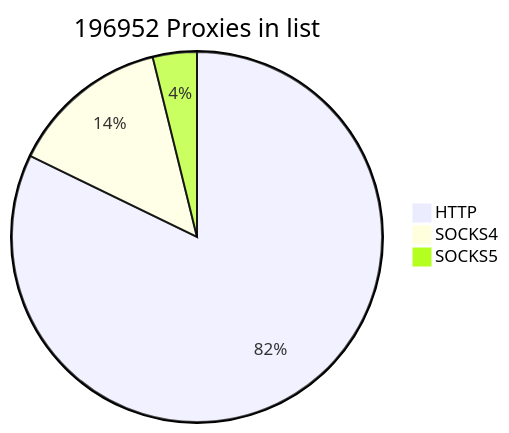
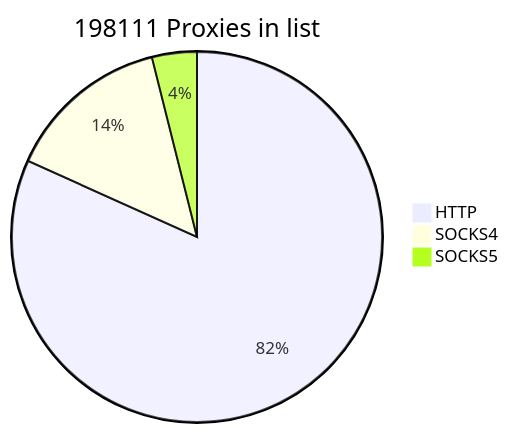
Before and after one commit to cutipu/proxylist: the first of 2 diagrams in README.md, drawn with Mermaid. The commit also changed other lines of this file, not shown here.

````diff
--- a/README.md
+++ b/README.md
@@ -2,7 +2,7 @@
 ```mermaid
-pie title 196952 Proxies in list
-    "HTTP" : 161903
-    "SOCKS4" : 27477
-    "SOCKS5" : 7572
+pie title 198111 Proxies in list
+    "HTTP" : 161930
+    "SOCKS4" : 28425
+    "SOCKS5" : 7756
             
 ```
````
